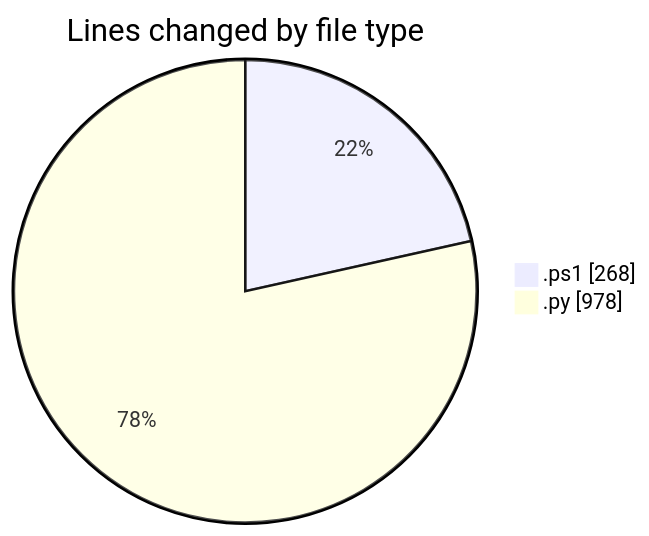
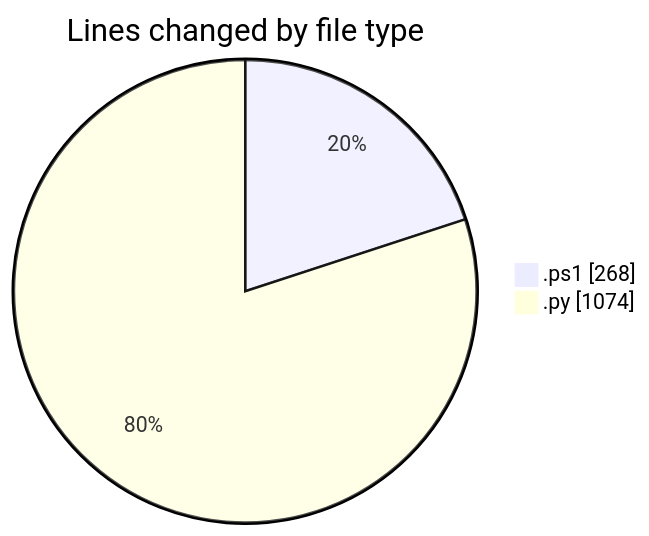
Before and after one commit to shibass792/code-tracking: the first of 2 diagrams in 2026-07-14/shibass-ai/README.md, drawn with Mermaid. The commit also changed other lines of this file and 1 other file, not shown here.

````diff
--- a/2026-07-14/shibass-ai/README.md
+++ b/2026-07-14/shibass-ai/README.md
@@ -22,6 +22,6 @@
 ```mermaid
 pie showData
 title Lines changed by file type
 ".ps1" : 268
-".py" : 978
+".py" : 1074
 ```
````
